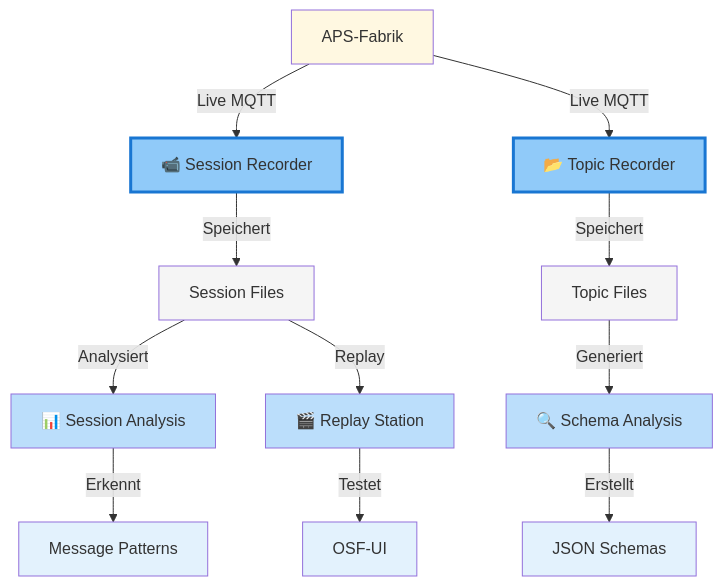
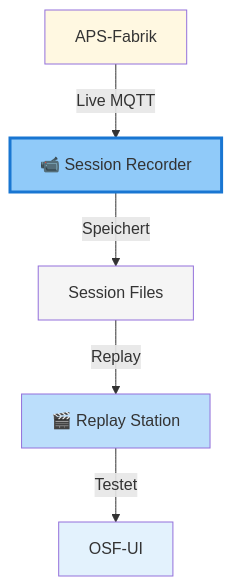
The diagram in docs/04-howto/helper_apps/session-manager/README.md (OliverBerger-ORBIS/ORBIS-Modellfabrik), drawn with Mermaid before and after one commit. The commit also changed other lines of this file and 23 other files, not shown here.

````diff
--- a/docs/04-howto/helper_apps/session-manager/README.md
+++ b/docs/04-howto/helper_apps/session-manager/README.md
@@ -17,27 +18,15 @@
 ```mermaid
 graph TD
     A[APS-Fabrik] -->|Live MQTT| B[📹 Session Recorder]
-    A -->|Live MQTT| B2[📂 Topic Recorder]
     B -->|Speichert| C[Session Files]
-    B2 -->|Speichert| C2[Topic Files]
     
-    C -->|Analysiert| D[📊 Session Analysis]
     C -->|Replay| F[🎬 Replay Station]
-    C2 -->|Generiert| E[🔍 Schema Analysis]
     
-    D -->|Erkennt| G[Message Patterns]
-    E -->|Erstellt| H[JSON Schemas]
     F -->|Testet| I[OSF-UI]
     
     style A fill:#fff8e1
     style B fill:#90caf9,stroke:#1976d2,stroke-width:3px
-    style B2 fill:#90caf9,stroke:#1976d2,stroke-width:3px
     style C fill:#f5f5f5
-    style C2 fill:#f5f5f5
-    style D fill:#bbdefb
-    style E fill:#bbdefb
     style F fill:#bbdefb
-    style G fill:#e3f2fd
-    style H fill:#e3f2fd
     style I fill:#e3f2fd
 ```
````
